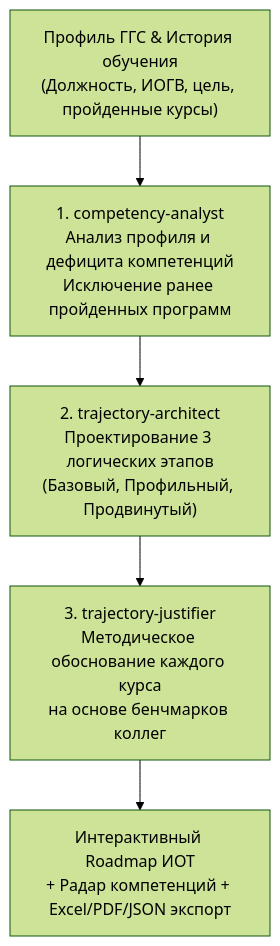
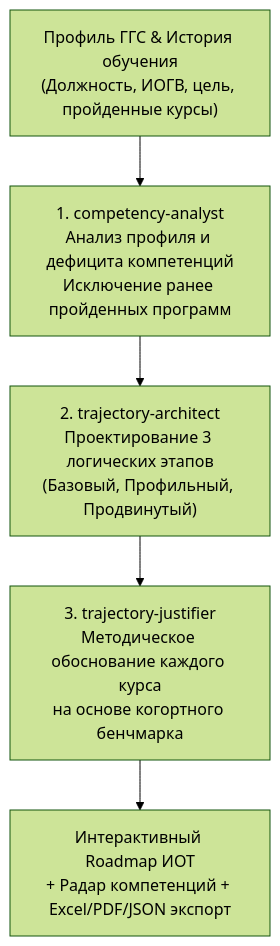
One commit to sqtwix/ai-education-mentor changed the diagram in README.md. Above: the diagram before and after it, drawn with Mermaid (forest theme). The commit also changed other lines of this file and 20 other files, not shown here.

````diff
--- a/README.md
+++ b/README.md
@@ -55,7 +64,7 @@
 ```mermaid
 flowchart TD
     A["Профиль ГГС & История обучения<br>(Должность, ИОГВ, цель, пройденные курсы)"] --> B["1. competency-analyst<br>Анализ профиля и дефицита компетенций<br>Исключение ранее пройденных программ"]
     B --> C["2. trajectory-architect<br>Проектирование 3 логических этапов<br>(Базовый, Профильный, Продвинутый)"]
-    C --> D["3. trajectory-justifier<br>Методическое обоснование каждого курса<br>на основе бенчмарков коллег"]
+    C --> D["3. trajectory-justifier<br>Методическое обоснование каждого курса<br>на основе когортного бенчмарка"]
     D --> E["Интерактивный Roadmap ИОТ<br>+ Радар компетенций + Excel/PDF/JSON экспорт"]
 ```
````
